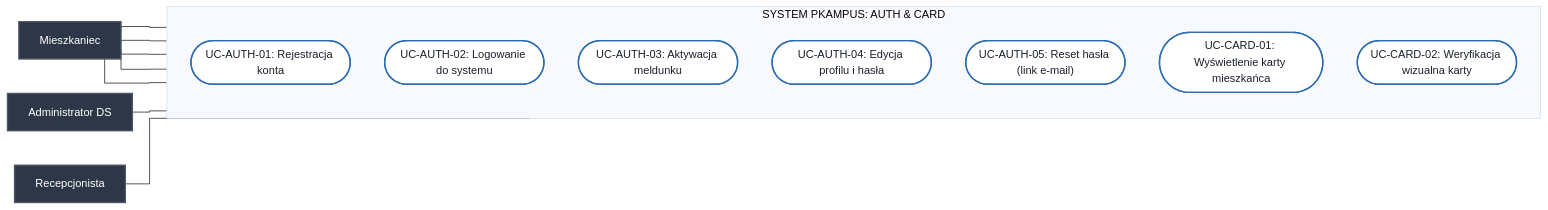
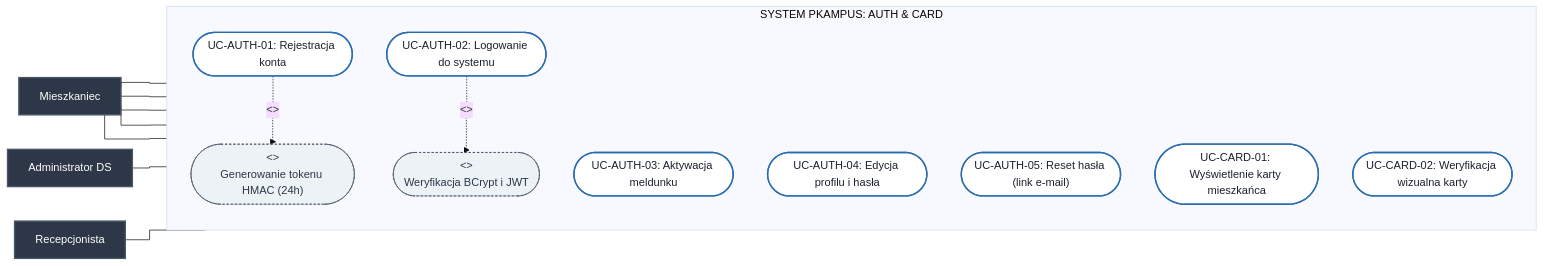
One commit to Buczy8/PKampus changed the third of 9 diagrams in Docs/Diagramy_Przypadkow_Uzycia.md. Above: the diagram before and after it, drawn with Mermaid (base theme). The commit also changed other lines of this file and 2 other files, not shown here.

Commit message:
docs: add state machine diagrams for user account, laundry booking, room booking, issue reporting, and sanctions lifecycle

````diff
--- a/Docs/Diagramy_Przypadkow_Uzycia.md
+++ b/Docs/Diagramy_Przypadkow_Uzycia.md
@@ -75,31 +100,37 @@
 ```mermaid
 %%{init: {'flowchart': {'curve': 'stepBefore'}}}%%
 flowchart LR
     classDef actorStyle fill:#2d3748,stroke:#4a5568,stroke-width:2px,color:#fff;
     classDef ucStyle fill:#fff,stroke:#2b6cb0,stroke-width:2px,color:#1a202c;
+    classDef subUcStyle fill:#edf2f7,stroke:#4a5568,stroke-width:1px,stroke-dasharray: 3 3,color:#2d3748;
 
     Student["Mieszkaniec"]:::actorStyle
 
     subgraph System_Auth ["SYSTEM PKAMPUS: AUTH & CARD"]
         direction TB
         UC_AUTH_01(["UC-AUTH-01: Rejestracja konta"]):::ucStyle
+        UC_INC_TOKEN(["<<include>><br/>Generowanie tokenu HMAC (24h)"]):::subUcStyle
         UC_AUTH_02(["UC-AUTH-02: Logowanie do systemu"]):::ucStyle
+        UC_INC_PWD(["<<include>><br/>Weryfikacja BCrypt i JWT"]):::subUcStyle
         UC_AUTH_03(["UC-AUTH-03: Aktywacja meldunku"]):::ucStyle
         UC_AUTH_04(["UC-AUTH-04: Edycja profilu i hasła"]):::ucStyle
         UC_AUTH_05(["UC-AUTH-05: Reset hasła (link e-mail)"]):::ucStyle
         UC_CARD_01(["UC-CARD-01: Wyświetlenie karty mieszkańca"]):::ucStyle
         UC_CARD_02(["UC-CARD-02: Weryfikacja wizualna karty"]):::ucStyle
+
+        UC_AUTH_01 -.->|"<<include>>"| UC_INC_TOKEN
+        UC_AUTH_02 -.->|"<<include>>"| UC_INC_PWD
     end
 
     AdminDS["Administrator DS"]:::actorStyle
     Portier["Recepcjonista"]:::actorStyle
 
     Student --- UC_AUTH_01
     Student --- UC_AUTH_02
     Student --- UC_AUTH_04
     Student --- UC_AUTH_05
     Student --- UC_CARD_01
 
     AdminDS --- UC_AUTH_03
     Portier --- UC_CARD_02
 ```
````
